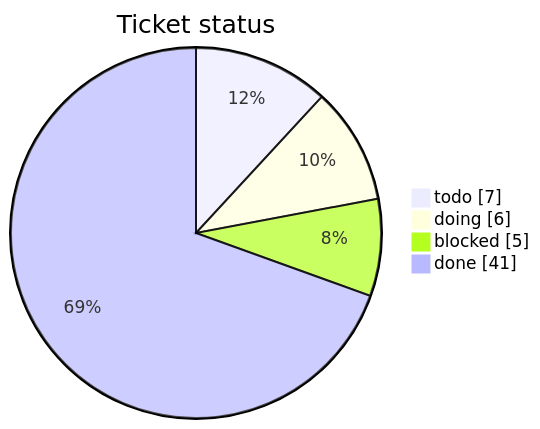
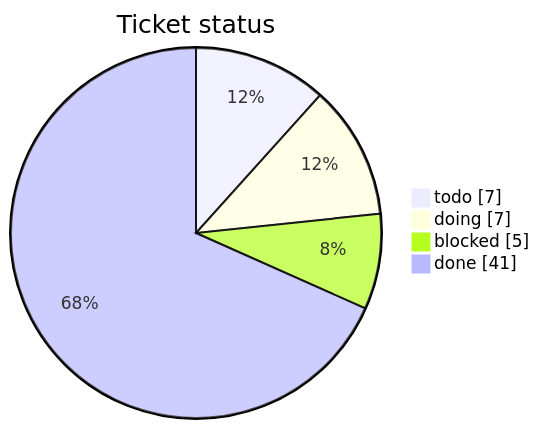
The first of 3 diagrams in tickets/TICKETS.md (mohamed-soubhi/bootlab-esp), drawn with Mermaid before and after one commit. The commit also changed other lines of this file and 4 other files, not shown here.

````diff
--- a/tickets/TICKETS.md
+++ b/tickets/TICKETS.md
@@ -14,7 +14,7 @@
 ```mermaid
 pie showData title Ticket status
     "todo" : 7
-    "doing" : 6
+    "doing" : 7
     "blocked" : 5
     "done" : 41
 ```
````
